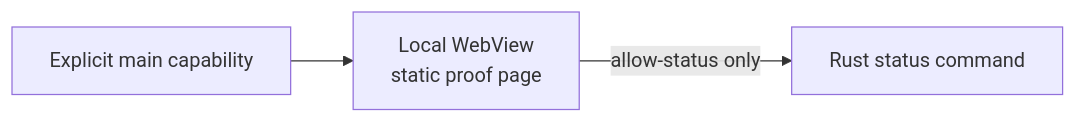
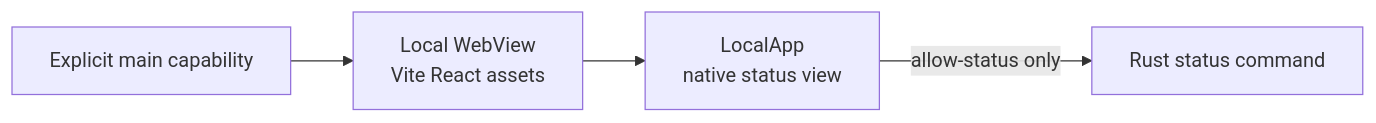
Before and after one commit to meharajM/ai-worker-desktop: the second of 36 diagrams in architecture.md, drawn with Mermaid. The commit also changed other lines of this file and 9 other files, not shown here.

First line of the commit message:
feat(tauri): add isolated React web assets for M02

````diff
--- a/architecture.md
+++ b/architecture.md
@@ -59,5 +59,6 @@
 ```mermaid
 graph LR
-    TauriWindow[Local WebView<br/>static proof page] -->|allow-status only| StatusCommand[Rust status command]
+    TauriWindow[Local WebView<br/>Vite React assets] --> LocalApp[LocalApp<br/>native status view]
+    LocalApp -->|allow-status only| StatusCommand[Rust status command]
     TauriConfig[Explicit main capability] --> TauriWindow
 ```
````
